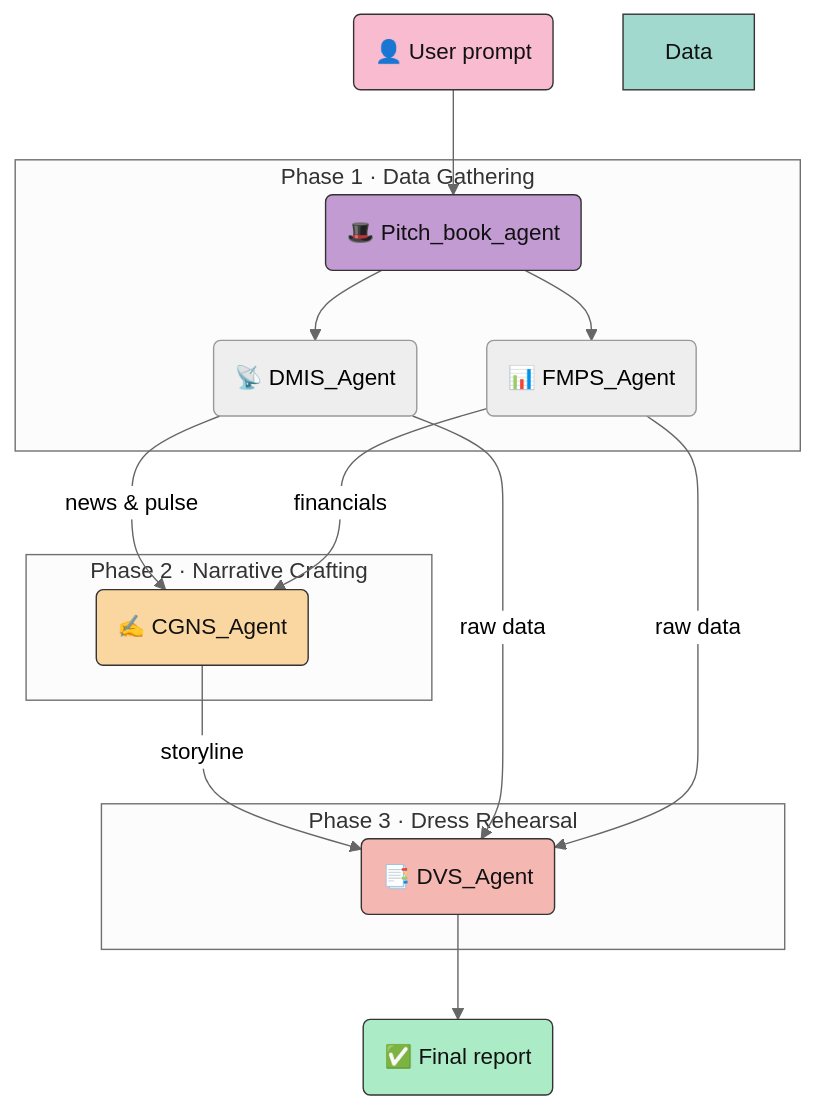
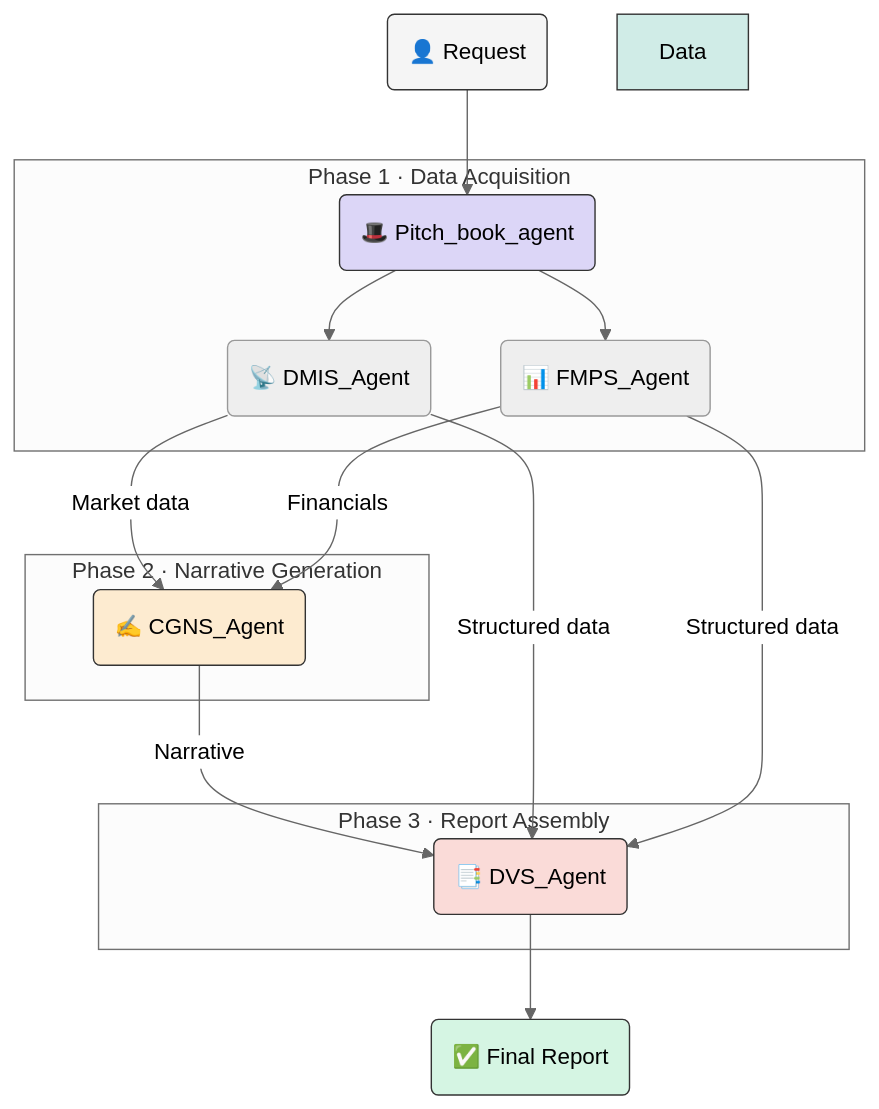
Before and after one commit to Cxxire/Pitch-book-agent-by-adk-: the diagram in README.md, drawn with Mermaid (neutral theme). The commit also changed other lines of this file, not shown here.

Commit message:
Refresh agent README with workflow and setup details

````diff
--- a/README.md
+++ b/README.md
@@ -39,29 +40,29 @@
 ```mermaid
 graph TD
-    style User fill:#F8BBD0,stroke:#333,color:#111
-    style Manager fill:#C39BD3,stroke:#333,color:#111
-    style Data fill:#A2D9CE,stroke:#333,color:#111
-    style Analysis fill:#FAD7A0,stroke:#333,color:#111
-    style Assembly fill:#F5B7B1,stroke:#333,color:#111
-    style Report fill:#ABEBC6,stroke:#333,color:#111
+    style User fill:#f5f5f5,stroke:#333,color:#000
+    style Manager fill:#dcd6f7,stroke:#333,color:#000
+    style Data fill:#d0ece7,stroke:#333,color:#000
+    style Analysis fill:#fdebd0,stroke:#333,color:#000
+    style Assembly fill:#fadbd8,stroke:#333,color:#000
+    style Report fill:#d5f5e3,stroke:#333,color:#000
 
-    User(👤 User prompt) --> Manager(🎩 Pitch_book_agent)
+    User(👤 Request) --> Manager(🎩 Pitch_book_agent)
 
-    subgraph "Phase 1 · Data Gathering"
+    subgraph "Phase 1 · Data Acquisition"
         Manager --> Data1(📡 DMIS_Agent)
         Manager --> Data2(📊 FMPS_Agent)
     end
 
-    subgraph "Phase 2 · Narrative Crafting"
-        Data1 -- news & pulse --> Analysis(✍️ CGNS_Agent)
-        Data2 -- financials --> Analysis
+    subgraph "Phase 2 · Narrative Generation"
+        Data1 -- Market data --> Analysis(✍️ CGNS_Agent)
+        Data2 -- Financials --> Analysis
     end
 
-    subgraph "Phase 3 · Dress Rehearsal"
-        Analysis -- storyline --> Assembly(📑 DVS_Agent)
-        Data1 -- raw data --> Assembly
-        Data2 -- raw data --> Assembly
+    subgraph "Phase 3 · Report Assembly"
+        Analysis -- Narrative --> Assembly(📑 DVS_Agent)
+        Data1 -- Structured data --> Assembly
+        Data2 -- Structured data --> Assembly
     end
 
-    Assembly --> Report(✅ Final report)
+    Assembly --> Report(✅ Final Report)
 ```
````
